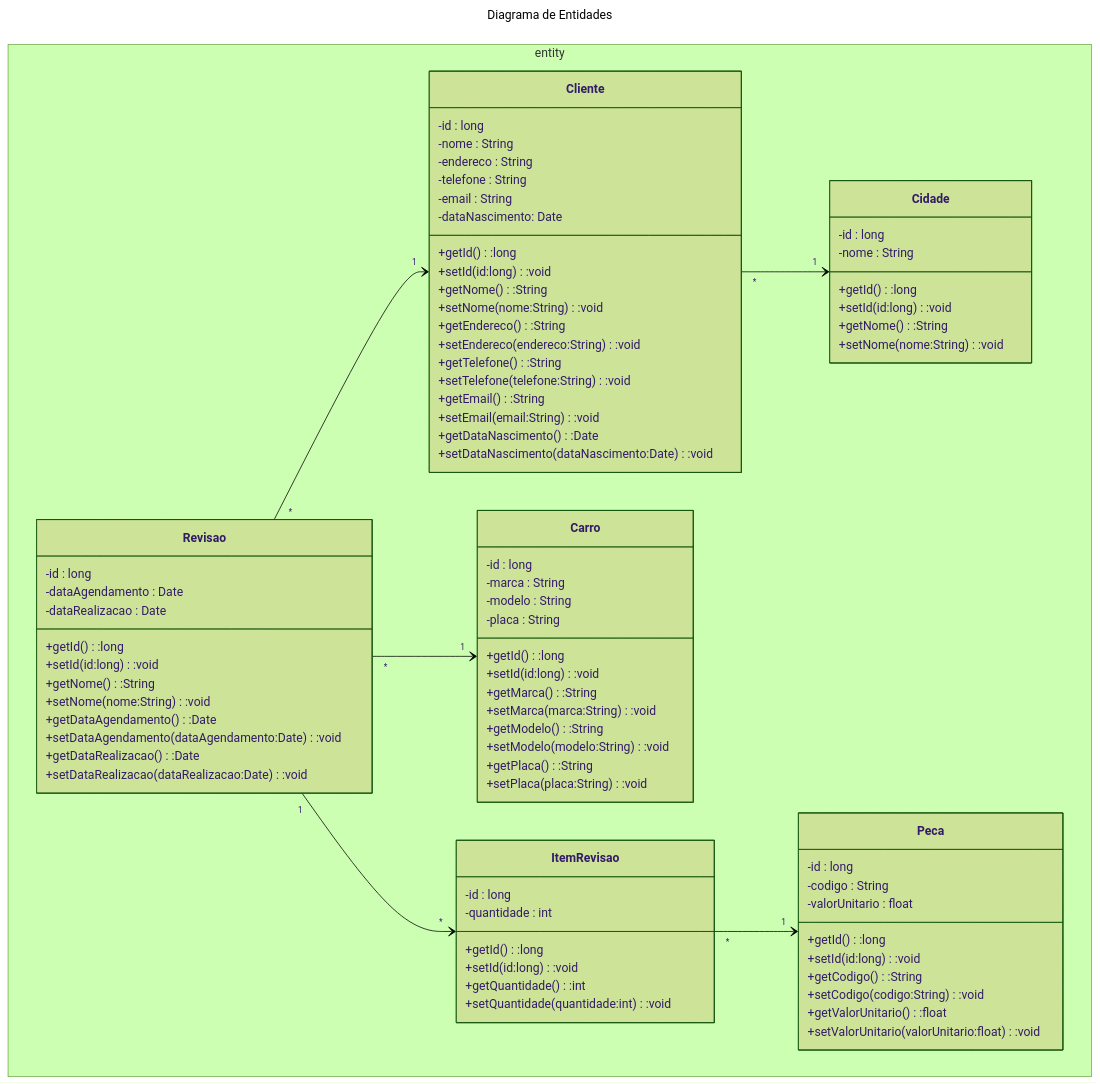
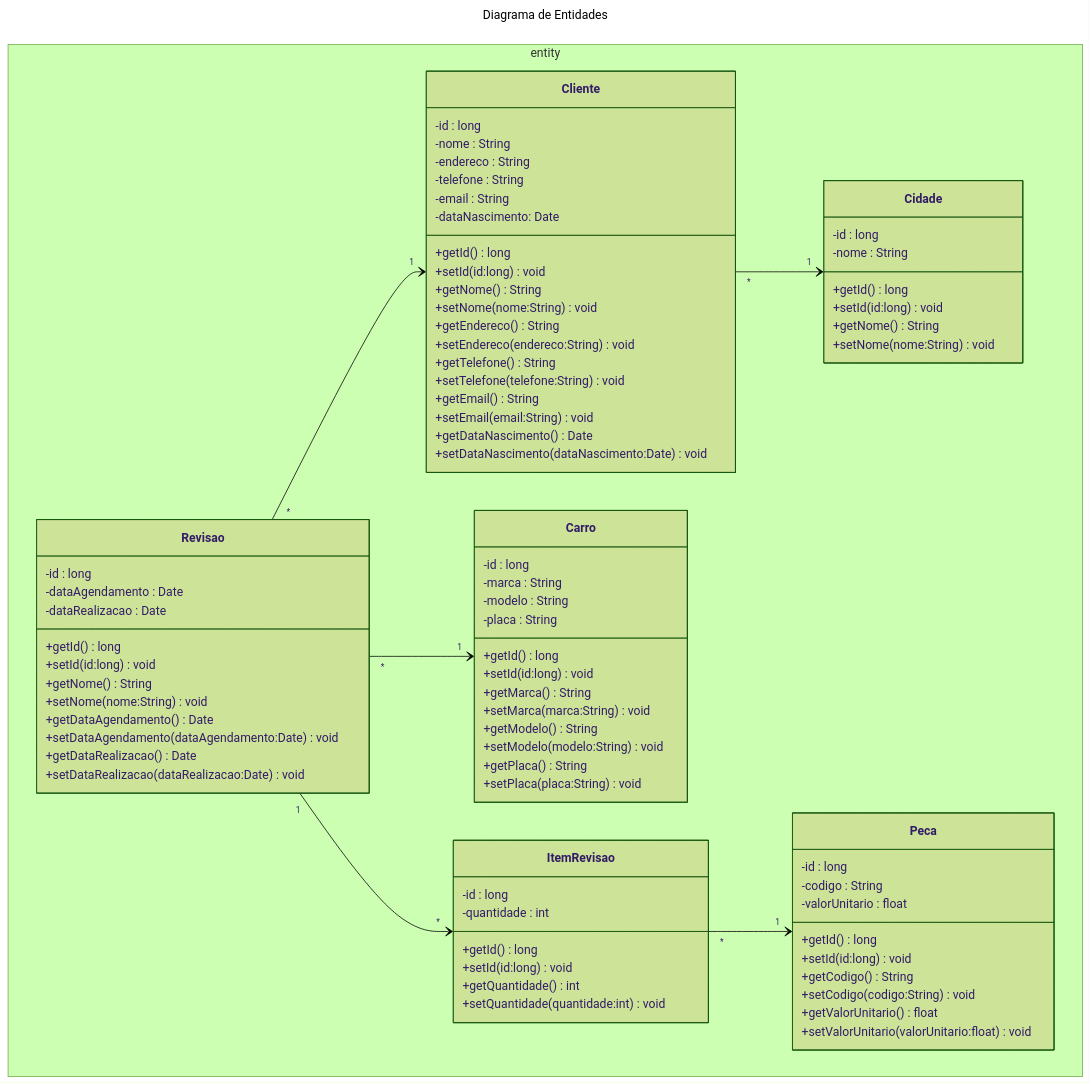
The diagram in README.md (waltercoan/fabsoft-2025-2), drawn with Mermaid (forest theme) before and after one commit.

Commit message:
diagrama de classes

```diff
--- a/README.md
+++ b/README.md
@@ -82,27 +82,27 @@
           -email : String
           -dataNascimento: Date
 
-          +getId():long
-          +setId(id:long):void
-          +getNome():String
-          +setNome(nome:String):void
-          +getEndereco():String
-          +setEndereco(endereco:String):void
-          +getTelefone():String
-          +setTelefone(telefone:String):void
-          +getEmail():String
-          +setEmail(email:String):void
-          +getDataNascimento():Date
-          +setDataNascimento(dataNascimento:Date):void
+          +getId() long
+          +setId(id:long) void
+          +getNome() String
+          +setNome(nome:String) void
+          +getEndereco()  String
+          +setEndereco(endereco:String) void
+          +getTelefone() String
+          +setTelefone(telefone:String) void
+          +getEmail() String
+          +setEmail(email:String) void
+          +getDataNascimento() Date
+          +setDataNascimento(dataNascimento:Date) void
       }
       class Cidade{
           -id : long
           -nome : String
 
-          +getId():long
-          +setId(id:long):void
-          +getNome():String
-          +setNome(nome:String):void
+          +getId() long
+          +setId(id:long) void
+          +getNome() String
+          +setNome(nome:String) void
       }
       class Carro{
           -id : long
@@ -110,14 +110,14 @@
           -modelo : String
           -placa : String
 
-          +getId():long
-          +setId(id:long):void
-          +getMarca():String
-          +setMarca(marca:String):void
-          +getModelo():String
-          +setModelo(modelo:String):void
-          +getPlaca():String
-          +setPlaca(placa:String):void
+          +getId() long
+          +setId(id:long) void
+          +getMarca() String
+          +setMarca(marca:String) void
+          +getModelo() String
+          +setModelo(modelo:String) void
+          +getPlaca() String
+          +setPlaca(placa:String) void
 
       }
       class Revisao {
@@ -125,24 +125,24 @@
           -dataAgendamento : Date
           -dataRealizacao : Date
 
-          +getId():long
-          +setId(id:long):void
-          +getNome():String
-          +setNome(nome:String):void
-          +getDataAgendamento():Date
-          +setDataAgendamento(dataAgendamento:Date):void
-          +getDataRealizacao():Date
-          +setDataRealizacao(dataRealizacao:Date):void
+          +getId() long
+          +setId(id:long) void
+          +getNome() String
+          +setNome(nome:String) void
+          +getDataAgendamento() Date
+          +setDataAgendamento(dataAgendamento:Date) void
+          +getDataRealizacao() Date
+          +setDataRealizacao(dataRealizacao:Date) void
 
       }
       class ItemRevisao {
         -id : long
         -quantidade : int
 
-        +getId():long
-        +setId(id:long):void
-        +getQuantidade():int
-        +setQuantidade(quantidade:int):void
+        +getId() long
+        +setId(id:long) void
+        +getQuantidade() int
+        +setQuantidade(quantidade:int) void
 
       }
       class Peca{
@@ -150,12 +150,12 @@
           -codigo : String
           -valorUnitario : float
 
-          +getId():long
-          +setId(id:long):void
-          +getCodigo():String
-          +setCodigo(codigo:String):void
-          +getValorUnitario():float
-          +setValorUnitario(valorUnitario:float):void
+          +getId() long
+          +setId(id:long) void
+          +getCodigo() String
+          +setCodigo(codigo:String) void
+          +getValorUnitario() float
+          +setValorUnitario(valorUnitario:float) void
 
       }
     }
```
